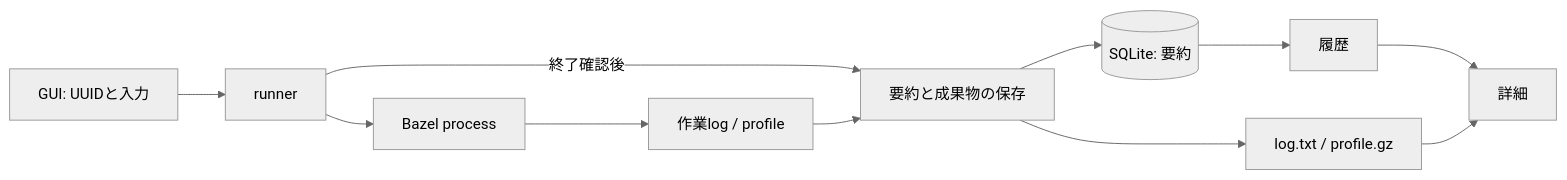
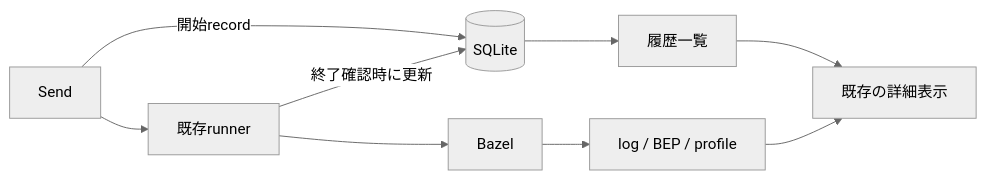
The diagram in docs/design/m4-run-history.md (OhataKenji/zeal), drawn with Mermaid (neutral theme) before and after one commit. The commit also changed other lines of this file and 25 other files, not shown here.

````diff
--- a/docs/design/m4-run-history.md
+++ b/docs/design/m4-run-history.md
@@ -50,11 +48,9 @@
 ```mermaid
 flowchart LR
-    GUI["GUI: UUIDと入力"] --> RUNNER["runner"] --> BAZEL["Bazel process"]
-    BAZEL --> TMP["作業log / profile"]
-    RUNNER -->|"終了確認後"| SAVE["要約と成果物の保存"]
-    TMP --> SAVE
-    SAVE --> DB[("SQLite: 要約")]
-    SAVE --> FILES["log.txt / profile.gz"]
-    DB --> VIEW["履歴"] --> DETAIL["詳細"]
+    SEND["Send"] -->|"開始record"| DB[("SQLite")]
+    SEND --> RUNNER["既存runner"] --> BAZEL["Bazel"]
+    RUNNER -->|"終了確認時に更新"| DB
+    BAZEL --> FILES["log / BEP / profile"]
+    DB --> LIST["履歴一覧"] --> DETAIL["既存の詳細表示"]
     FILES --> DETAIL
 ```
````
